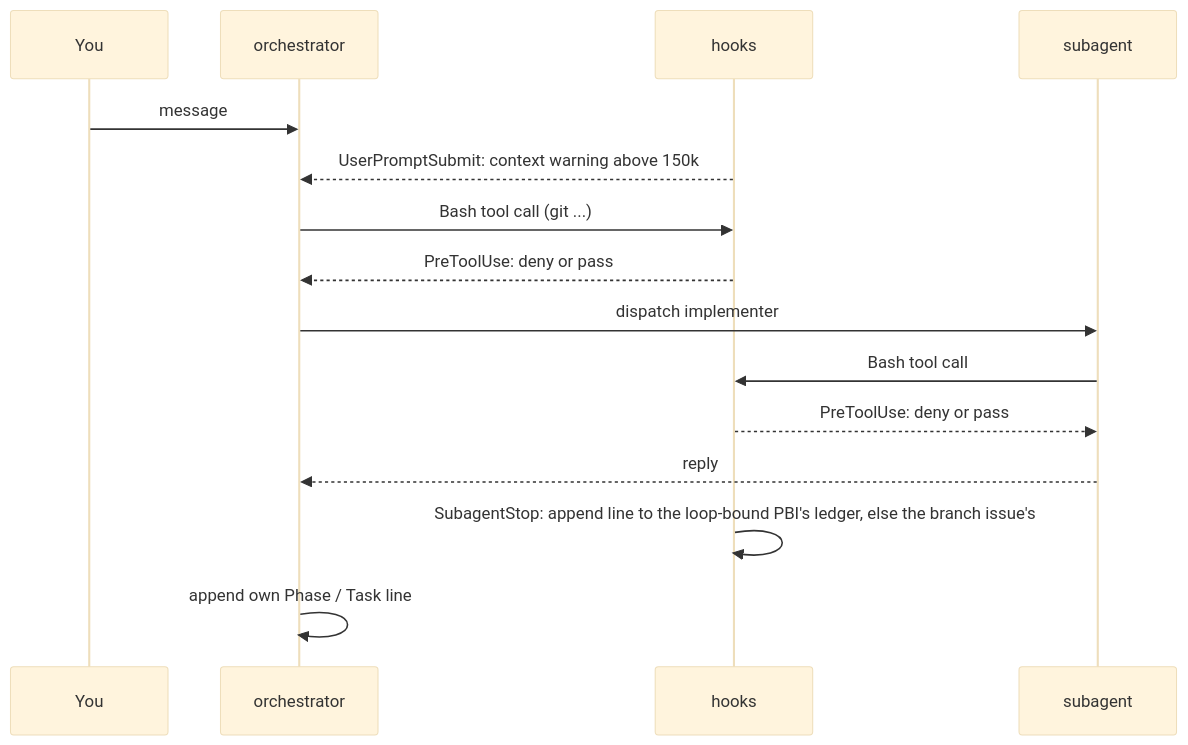
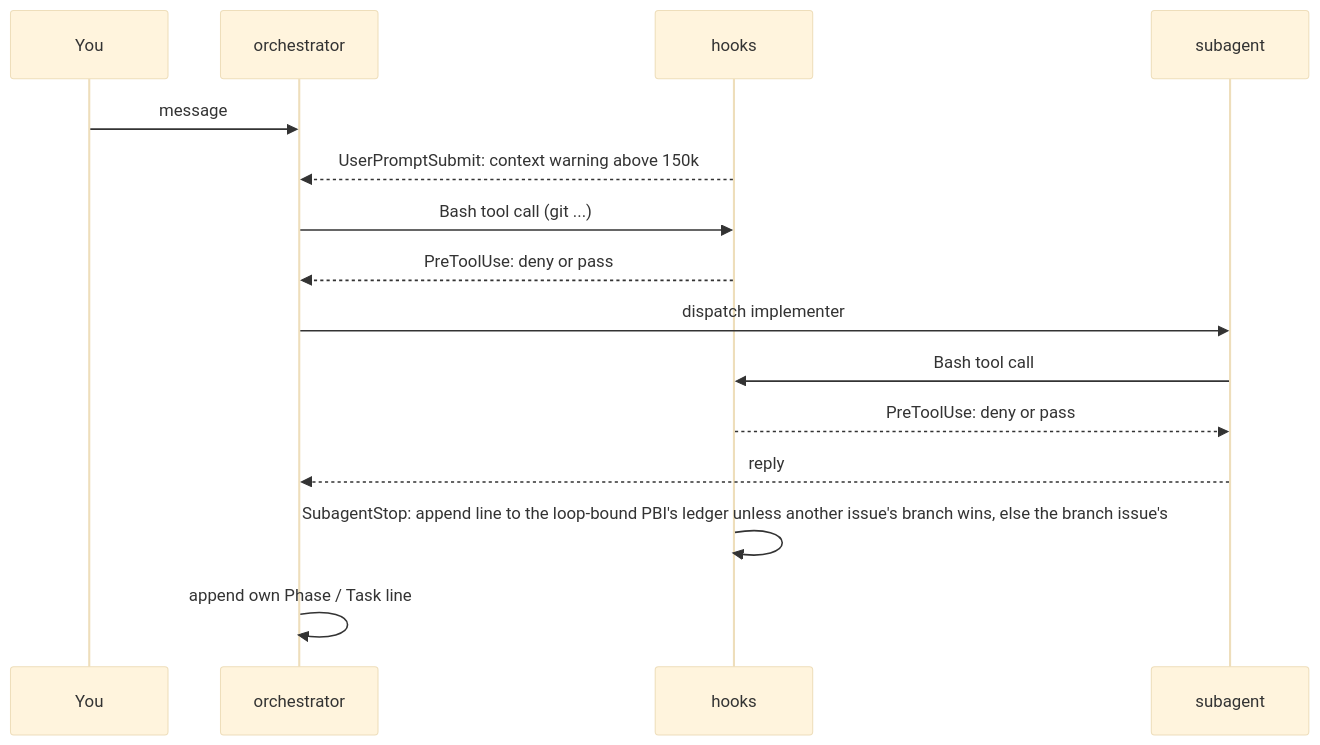
Before and after one commit to GravionLabs/apm-hub: diagram 11 of 11 in docs/orchestrator.md, drawn with Mermaid (base theme). The commit also changed other lines of this file and 2 other files, not shown here.

Commit message:
docs(hooks): state the remaining capture cases of a stale loop marker and the conditional precedence (#375)
Refs #375

````diff
--- a/docs/orchestrator.md
+++ b/docs/orchestrator.md
@@ -340,17 +340,17 @@
 ```mermaid
 sequenceDiagram
     participant U as You
     participant O as orchestrator
     participant H as hooks
     participant S as subagent
     U->>O: message
     H-->>O: UserPromptSubmit: context warning above 150k
     O->>H: Bash tool call (git ...)
     H-->>O: PreToolUse: deny or pass
     O->>S: dispatch implementer
     S->>H: Bash tool call
     H-->>S: PreToolUse: deny or pass
     S-->>O: reply
-    H->>H: SubagentStop: append line to the loop-bound PBI's ledger, else the branch issue's
+    H->>H: SubagentStop: append line to the loop-bound PBI's ledger unless another issue's branch wins, else the branch issue's
     O->>O: append own Phase / Task line
 ```
````
